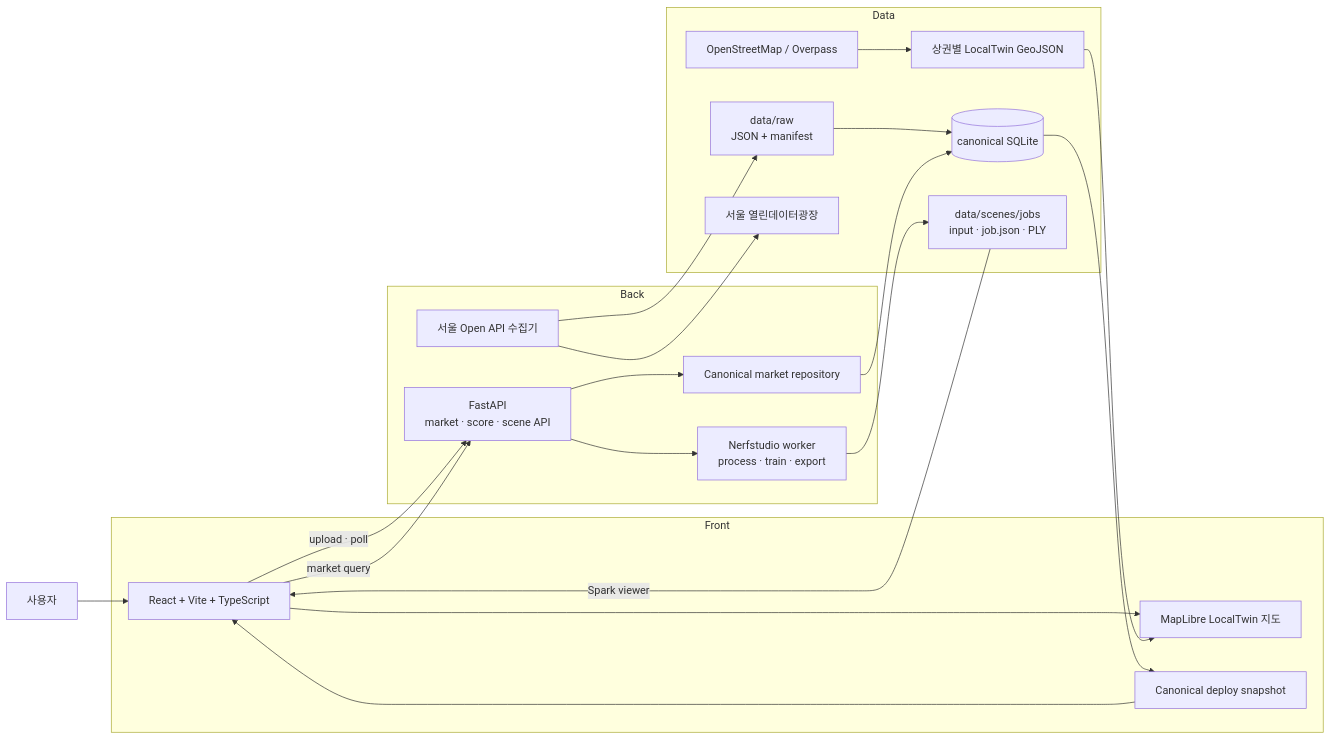
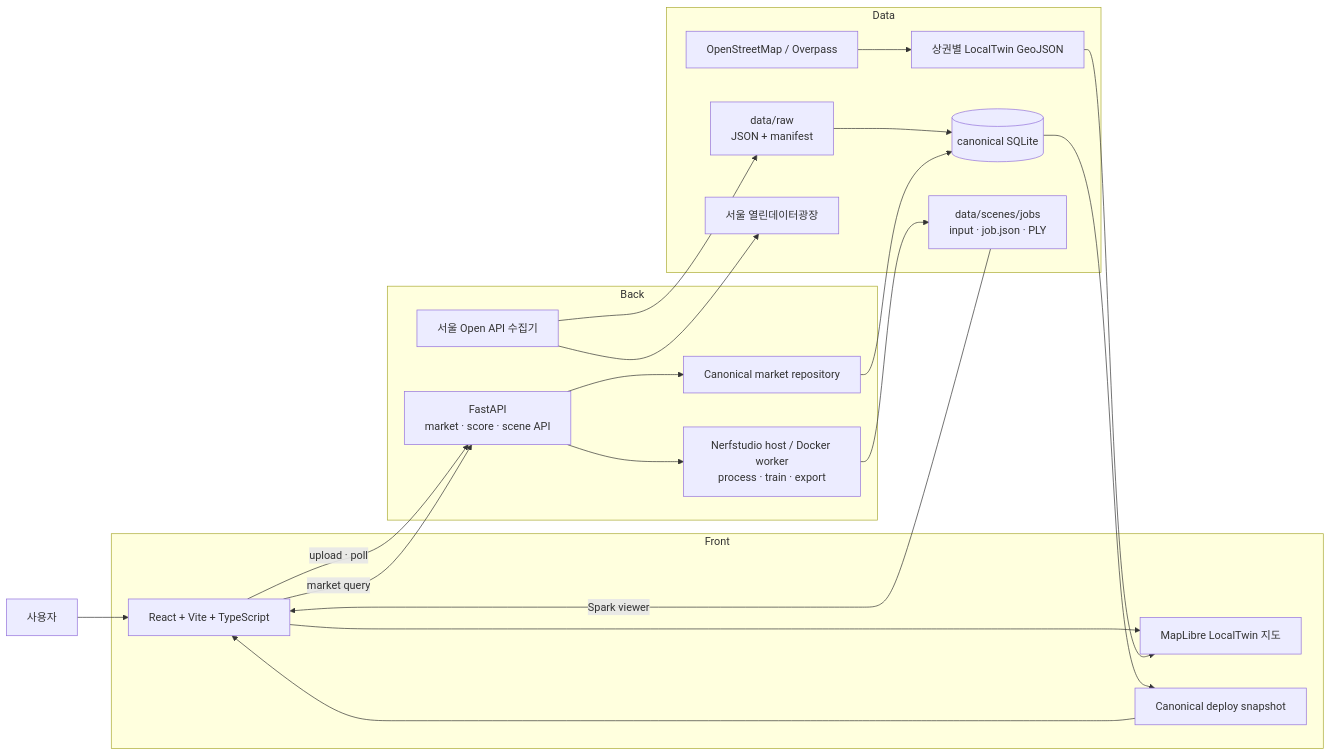
One commit to Mureung1/hub-showcase changed the first of 2 diagrams in docs/development/architecture.md. Above: the diagram before and after it, drawn with Mermaid. The commit also changed other lines of this file and 2 other files, not shown here.

First line of the commit message:
docs(scene): define the Docker worker runbook

````diff
--- a/docs/development/architecture.md
+++ b/docs/development/architecture.md
@@ -18,40 +18,40 @@
 ```mermaid
 flowchart LR
   user["사용자"]
 
   subgraph front["Front"]
     web["React + Vite + TypeScript"]
     map["MapLibre LocalTwin 지도"]
     fallback["Canonical deploy snapshot"]
   end
 
   subgraph back["Back"]
     api["FastAPI\nmarket · score · scene API"]
     marketRepo["Canonical market repository"]
     collector["서울 Open API 수집기"]
-    sceneWorker["Nerfstudio worker\nprocess · train · export"]
+    sceneWorker["Nerfstudio host / Docker worker\nprocess · train · export"]
   end
 
   subgraph data["Data"]
     raw["data/raw\nJSON + manifest"]
     db[("canonical SQLite")]
     osm["OpenStreetMap / Overpass"]
     mapdata["상권별 LocalTwin GeoJSON"]
     seoul["서울 열린데이터광장"]
     sceneJobs["data/scenes/jobs\ninput · job.json · PLY"]
   end
 
   user --> web
   web --> map
   db --> fallback --> web
   osm --> mapdata --> map
   collector --> seoul
   collector --> raw
   web -->|"upload · poll"| api
   web -->|"market query"| api
   raw --> db
   api --> marketRepo --> db
   api --> sceneWorker
   sceneWorker --> sceneJobs
   sceneJobs -->|"Spark viewer"| web
 ```
````
